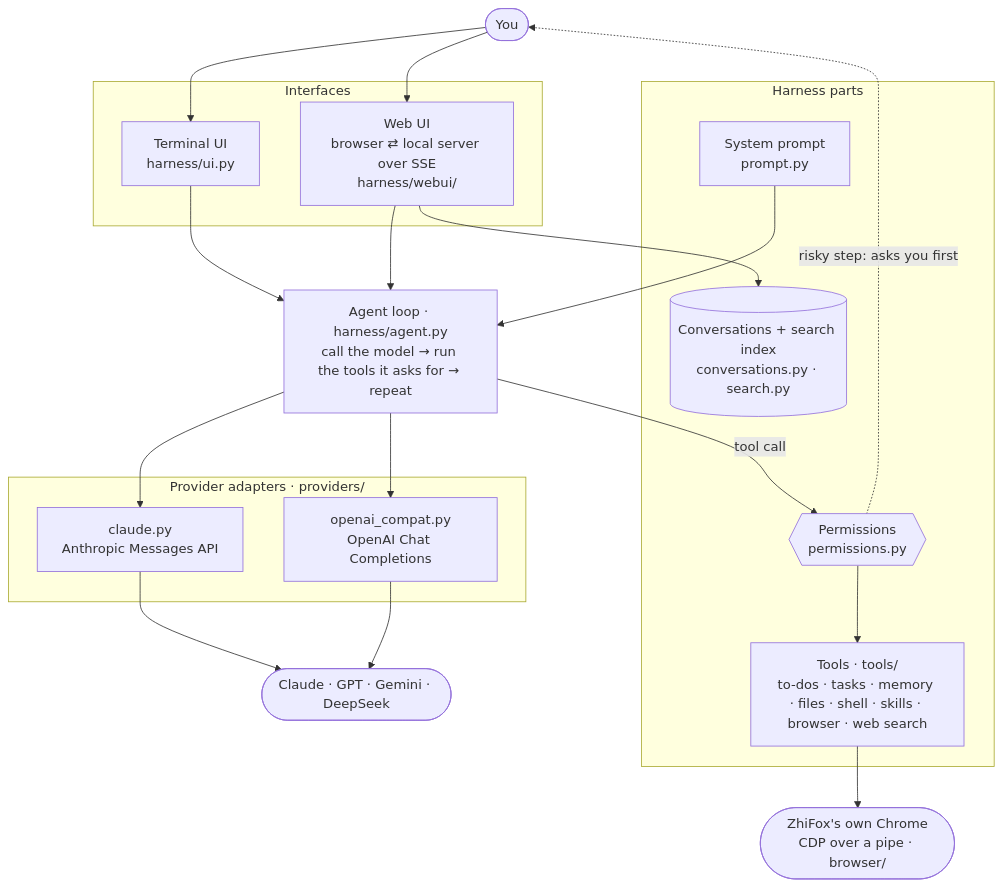
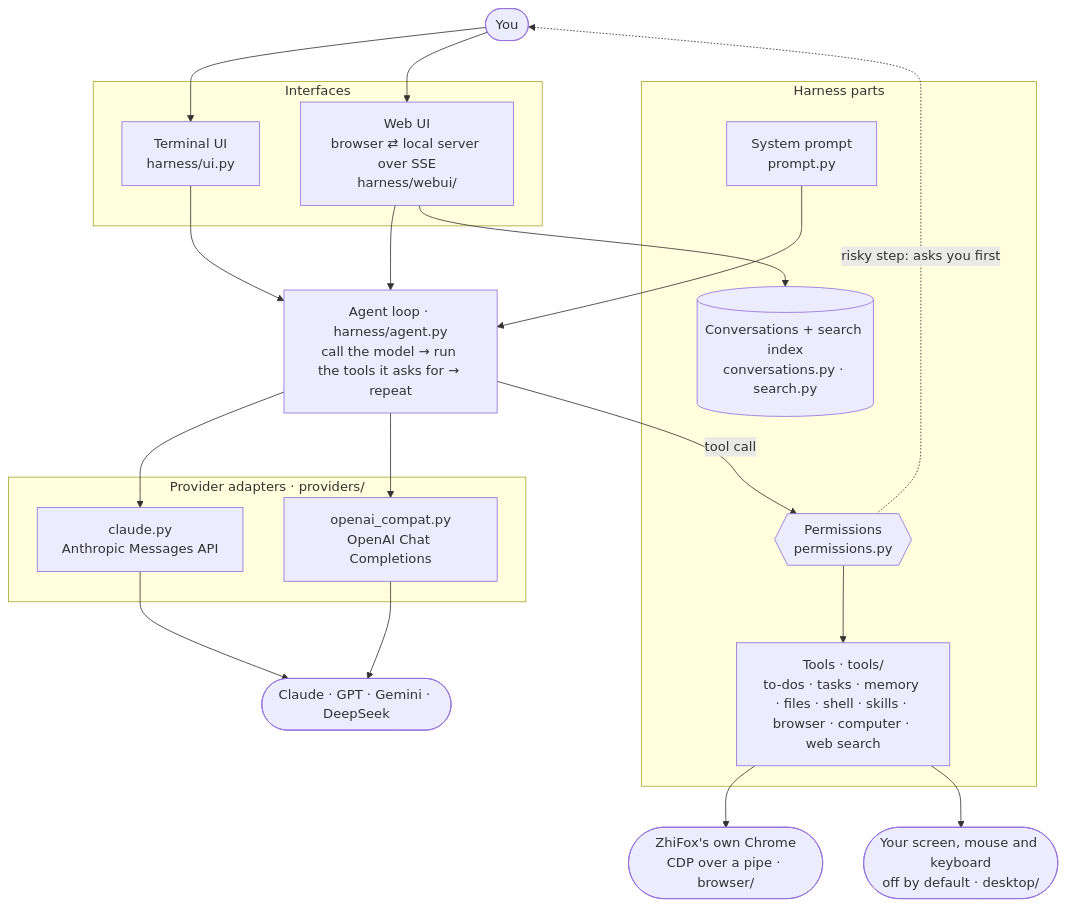
The first of 2 diagrams in README.md (Akxan/zhifox-agent-harness), drawn with Mermaid before and after one commit. The commit also changed other lines of this file and 43 other files, not shown here.

````diff
--- a/README.md
+++ b/README.md
@@ -144,42 +151,44 @@
 ```mermaid
 flowchart TB
     you(["You"])
 
     subgraph ui ["Interfaces"]
         term["Terminal UI<br/>harness/ui.py"]
         web["Web UI<br/>browser ⇄ local server over SSE<br/>harness/webui/"]
     end
 
     agent["Agent loop · harness/agent.py<br/>call the model → run the tools it asks for → repeat"]
 
     subgraph parts ["Harness parts"]
         prompt["System prompt<br/>prompt.py"]
         perms{{"Permissions<br/>permissions.py"}}
-        tools["Tools · tools/<br/>to-dos · tasks · memory · files · shell · skills · browser · web search"]
+        tools["Tools · tools/<br/>to-dos · tasks · memory · files · shell · skills · browser · computer · web search"]
         store[("Conversations + search index<br/>conversations.py · search.py")]
     end
 
     chrome(["ZhiFox's own Chrome<br/>CDP over a pipe · browser/"])
+    screen(["Your screen, mouse and keyboard<br/>off by default · desktop/"])
 
     subgraph providers ["Provider adapters · providers/"]
         claude["claude.py<br/>Anthropic Messages API"]
         compat["openai_compat.py<br/>OpenAI Chat Completions"]
     end
 
     apis(["Claude · GPT · Gemini · DeepSeek"])
 
     you --> term
     you --> web
     term --> agent
     web --> agent
     web --> store
     prompt --> agent
     agent --> claude
     agent --> compat
     claude --> apis
     compat --> apis
     agent -->|"tool call"| perms
     perms -.->|"risky step: asks you first"| you
     perms --> tools
     tools --> chrome
+    tools --> screen
 ```
````
